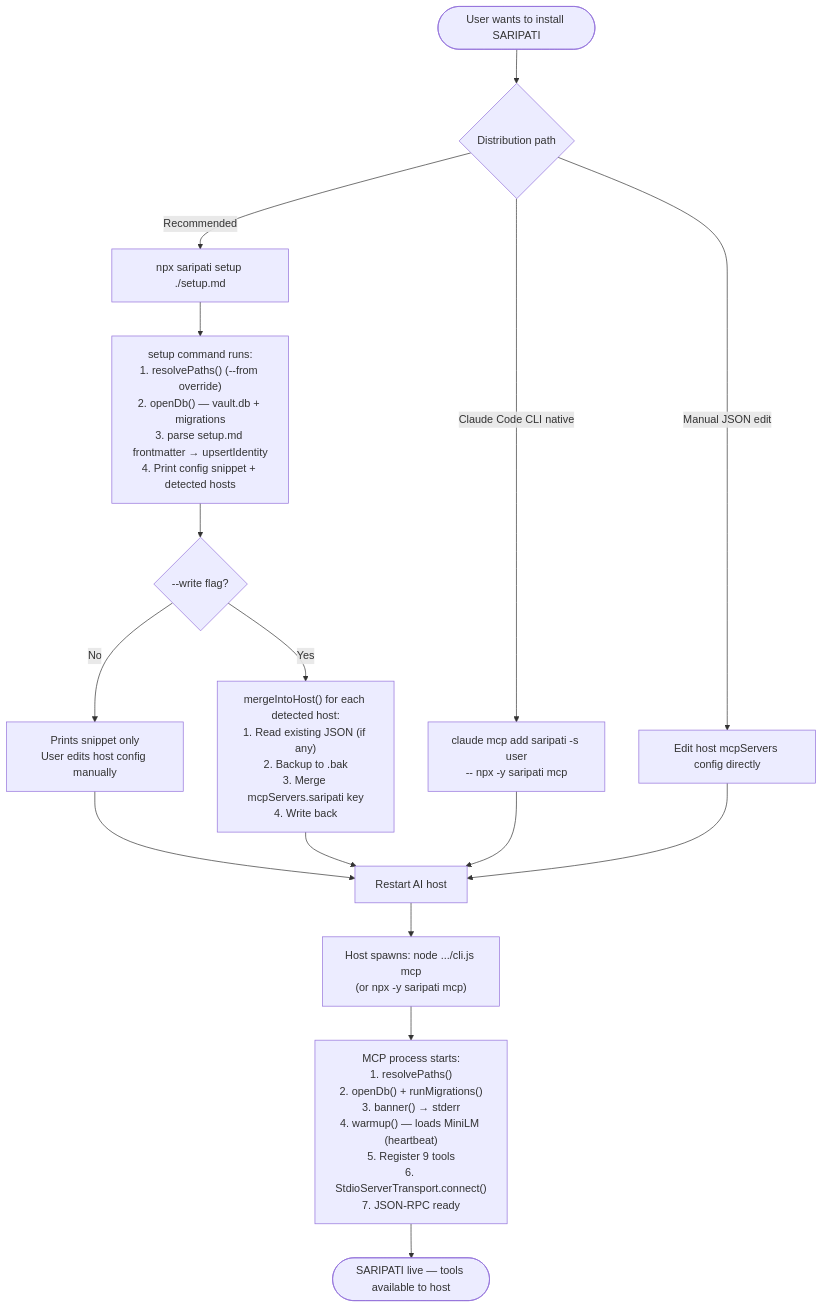
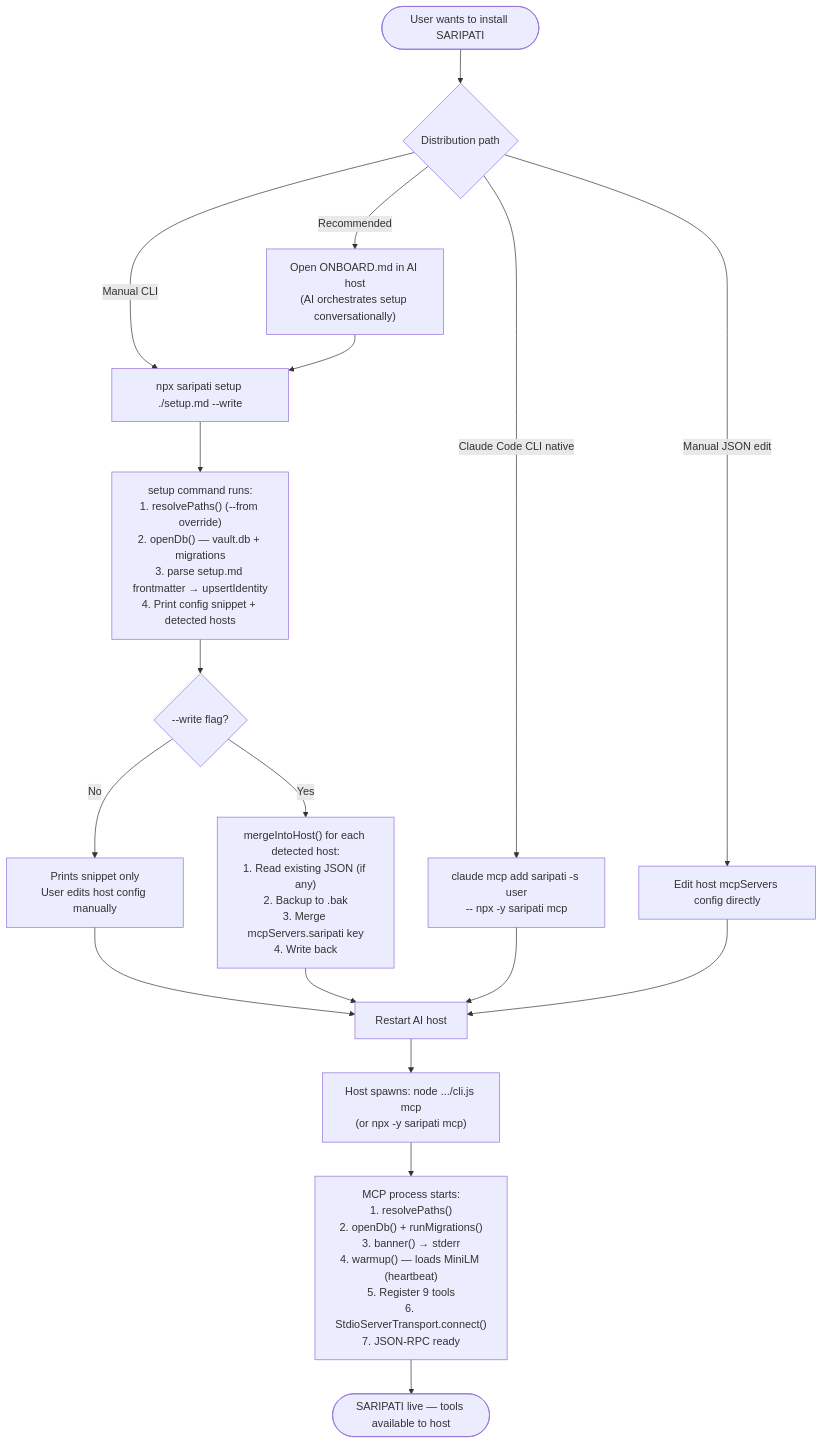
Before and after one commit to kyouscireul/saripati: the first of 9 diagrams in docs/lifecycle.md, drawn with Mermaid. The commit also changed 1 other file, not shown here.

Commit message:
docs: update lifecycle install path (ONBOARD.md recommended) and _result.ts bannerResult

````diff
--- a/docs/lifecycle.md
+++ b/docs/lifecycle.md
@@ -5,21 +5,23 @@
 ```mermaid
 flowchart TD
     A([User wants to install SARIPATI]) --> B{Distribution path}
 
-    B -->|Recommended| C["npx saripati setup ./setup.md"]
+    B -->|Recommended| C["Open ONBOARD.md in AI host\n(AI orchestrates setup conversationally)"]
+    B -->|Manual CLI| C2["npx saripati setup ./setup.md --write"]
     B -->|Claude Code CLI native| D["claude mcp add saripati -s user\n-- npx -y saripati mcp"]
     B -->|Manual JSON edit| E["Edit host mcpServers config directly"]
 
-    C --> G["setup command runs:\n1. resolvePaths() (--from override)\n2. openDb() — vault.db + migrations\n3. parse setup.md frontmatter → upsertIdentity\n4. Print config snippet + detected hosts"]
+    C --> C2
+    C2 --> G["setup command runs:\n1. resolvePaths() (--from override)\n2. openDb() — vault.db + migrations\n3. parse setup.md frontmatter → upsertIdentity\n4. Print config snippet + detected hosts"]
     G --> H{--write flag?}
     H -->|No| I["Prints snippet only\nUser edits host config manually"]
     H -->|Yes| J["mergeIntoHost() for each detected host:\n1. Read existing JSON (if any)\n2. Backup to .bak\n3. Merge mcpServers.saripati key\n4. Write back"]
     I --> K[Restart AI host]
     J --> K
     D --> K
     E --> K
 
     K --> L["Host spawns: node .../cli.js mcp\n(or npx -y saripati mcp)"]
     L --> M["MCP process starts:\n1. resolvePaths()\n2. openDb() + runMigrations()\n3. banner() → stderr\n4. warmup() — loads MiniLM (heartbeat)\n5. Register 9 tools\n6. StdioServerTransport.connect()\n7. JSON-RPC ready"]
     M --> N([SARIPATI live — tools available to host])
 ```
````
